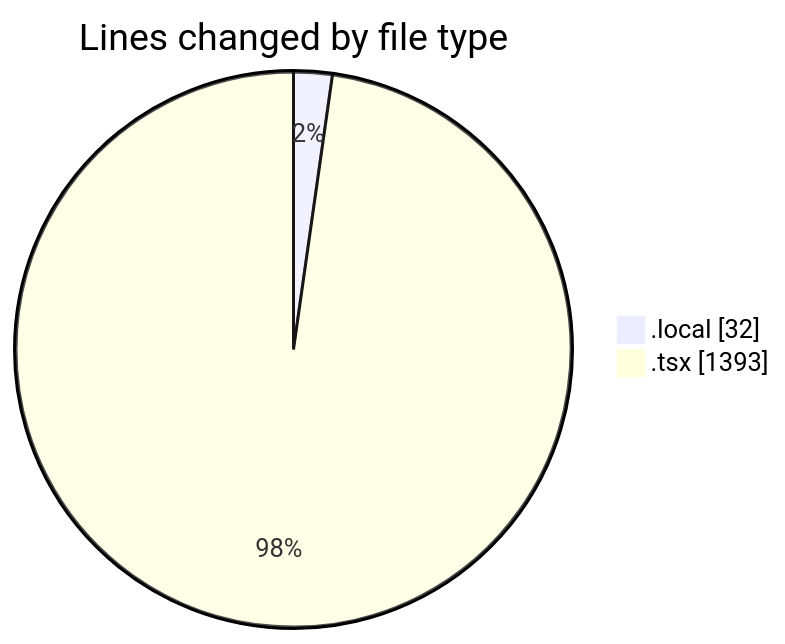
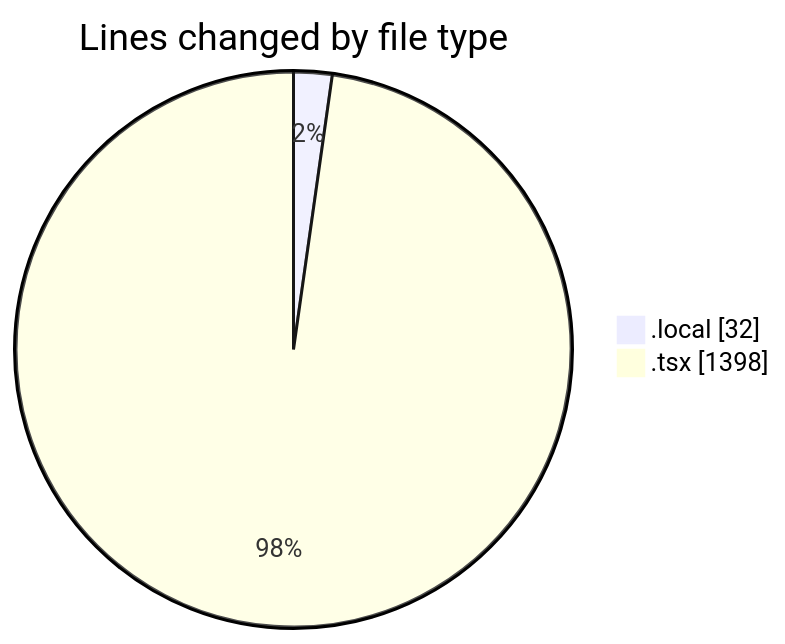
One commit to julien-gomy/code-tracking changed the first of 2 diagrams in 2025-10-13/frontend-cms/README.md. Above: the diagram before and after it, drawn with Mermaid. The commit also changed other lines of this file and 1 other file, not shown here.

````diff
--- a/2025-10-13/frontend-cms/README.md
+++ b/2025-10-13/frontend-cms/README.md
@@ -22,6 +22,6 @@
 ```mermaid
 pie showData
 title Lines changed by file type
 ".local" : 32
-".tsx" : 1393
+".tsx" : 1398
 ```
````
